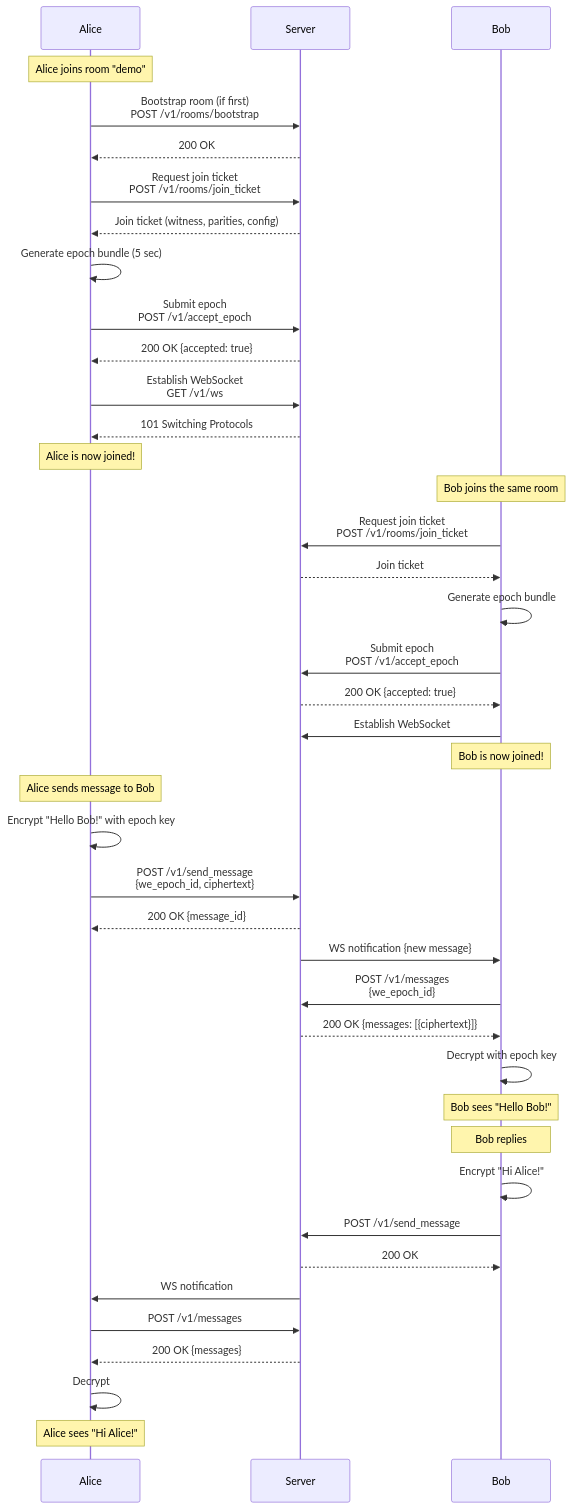
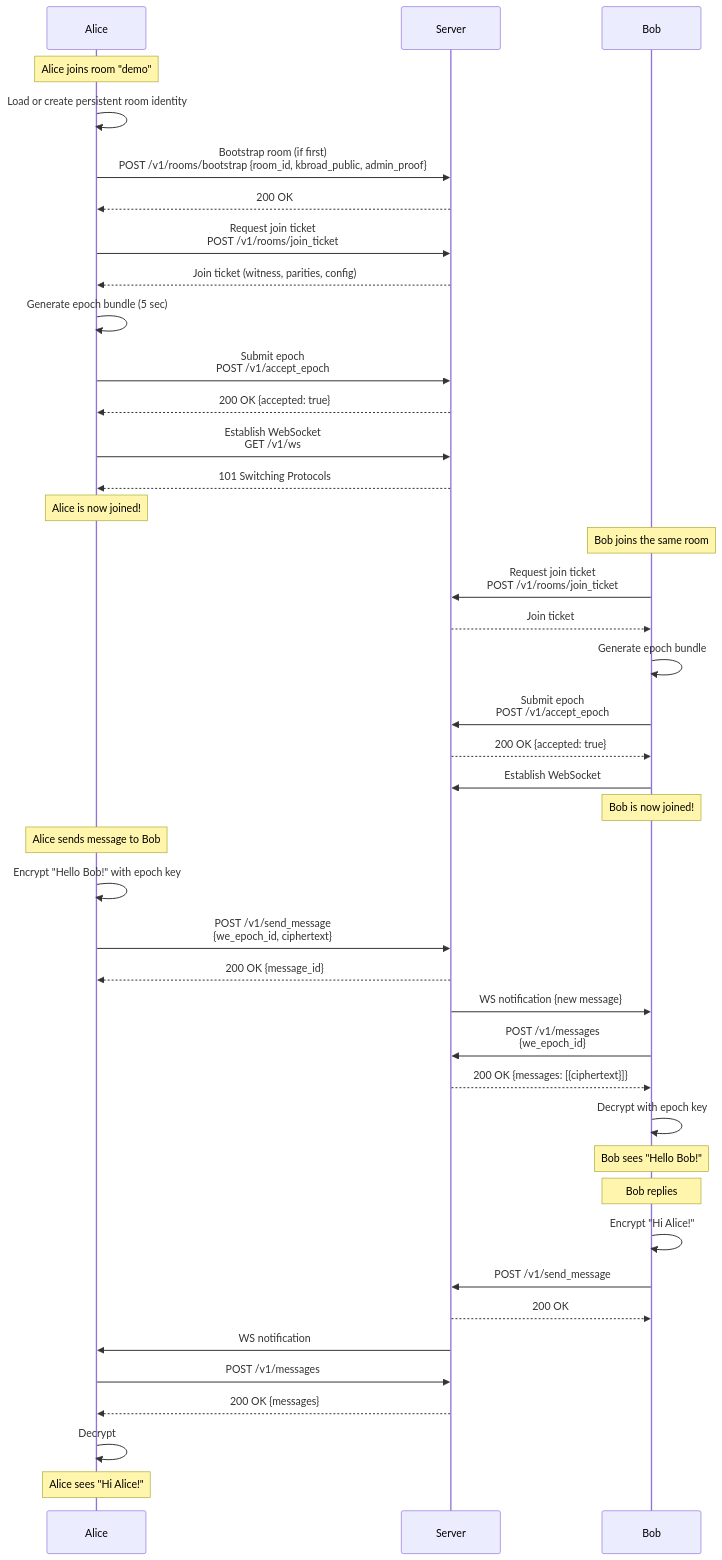
Before and after one commit to pwnsdx/cityg: the ninth of 11 diagrams in docs/workflows.md, drawn with Mermaid. The commit also changed other lines of this file and 5 other files, not shown here.

Commit message:
update docs for room admin proofs and automatic kbroad maintenance

````diff
--- a/docs/workflows.md
+++ b/docs/workflows.md
@@ -500,60 +504,61 @@
 ```mermaid
 sequenceDiagram
     participant Alice
     participant Server
     participant Bob
 
     Note over Alice: Alice joins room "demo"
 
-    Alice->>Server: Bootstrap room (if first)<br/>POST /v1/rooms/bootstrap
+    Alice->>Alice: Load or create persistent room identity
+    Alice->>Server: Bootstrap room (if first)<br/>POST /v1/rooms/bootstrap {room_id, kbroad_public, admin_proof}
     Server-->>Alice: 200 OK
 
     Alice->>Server: Request join ticket<br/>POST /v1/rooms/join_ticket
     Server-->>Alice: Join ticket (witness, parities, config)
 
     Alice->>Alice: Generate epoch bundle (5 sec)
     Alice->>Server: Submit epoch<br/>POST /v1/accept_epoch
     Server-->>Alice: 200 OK {accepted: true}
 
     Alice->>Server: Establish WebSocket<br/>GET /v1/ws
     Server-->>Alice: 101 Switching Protocols
 
     Note over Alice: Alice is now joined!
 
     Note over Bob: Bob joins the same room
 
     Bob->>Server: Request join ticket<br/>POST /v1/rooms/join_ticket
     Server-->>Bob: Join ticket
     Bob->>Bob: Generate epoch bundle
     Bob->>Server: Submit epoch<br/>POST /v1/accept_epoch
     Server-->>Bob: 200 OK {accepted: true}
     Bob->>Server: Establish WebSocket
 
     Note over Bob: Bob is now joined!
 
     Note over Alice: Alice sends message to Bob
 
     Alice->>Alice: Encrypt "Hello Bob!" with epoch key
     Alice->>Server: POST /v1/send_message<br/>{we_epoch_id, ciphertext}
     Server-->>Alice: 200 OK {message_id}
     Server->>Bob: WS notification {new message}
 
     Bob->>Server: POST /v1/messages<br/>{we_epoch_id}
     Server-->>Bob: 200 OK {messages: [{ciphertext}]}
     Bob->>Bob: Decrypt with epoch key
 
     Note over Bob: Bob sees "Hello Bob!"
 
     Note over Bob: Bob replies
 
     Bob->>Bob: Encrypt "Hi Alice!"
     Bob->>Server: POST /v1/send_message
     Server-->>Bob: 200 OK
     Server->>Alice: WS notification
 
     Alice->>Server: POST /v1/messages
     Server-->>Alice: 200 OK {messages}
     Alice->>Alice: Decrypt
 
     Note over Alice: Alice sees "Hi Alice!"
 ```
````
